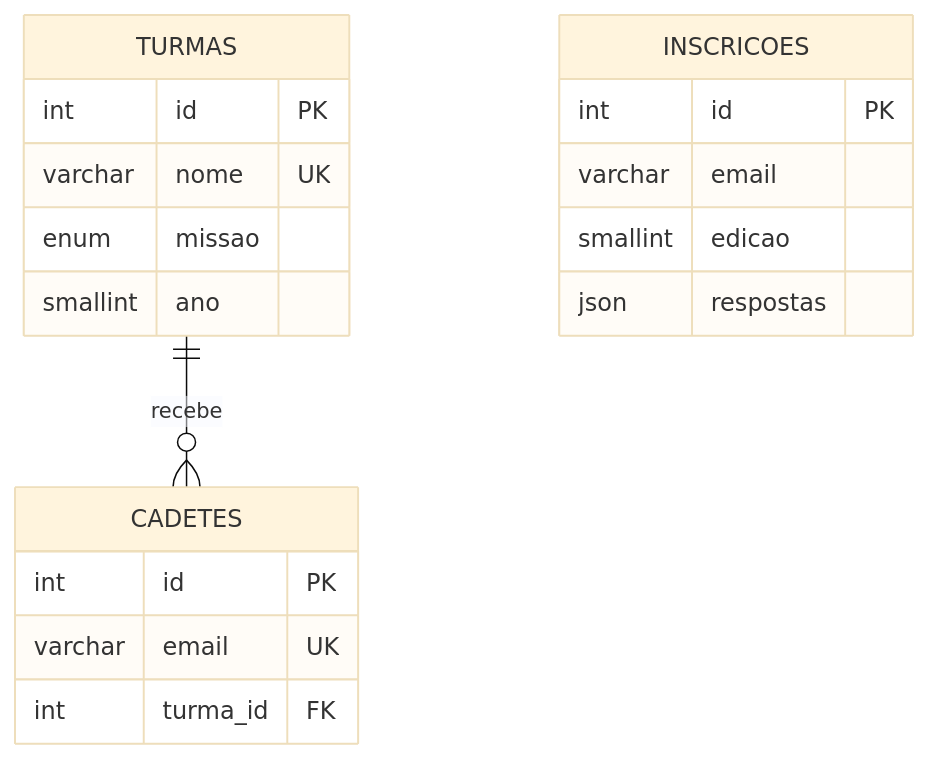
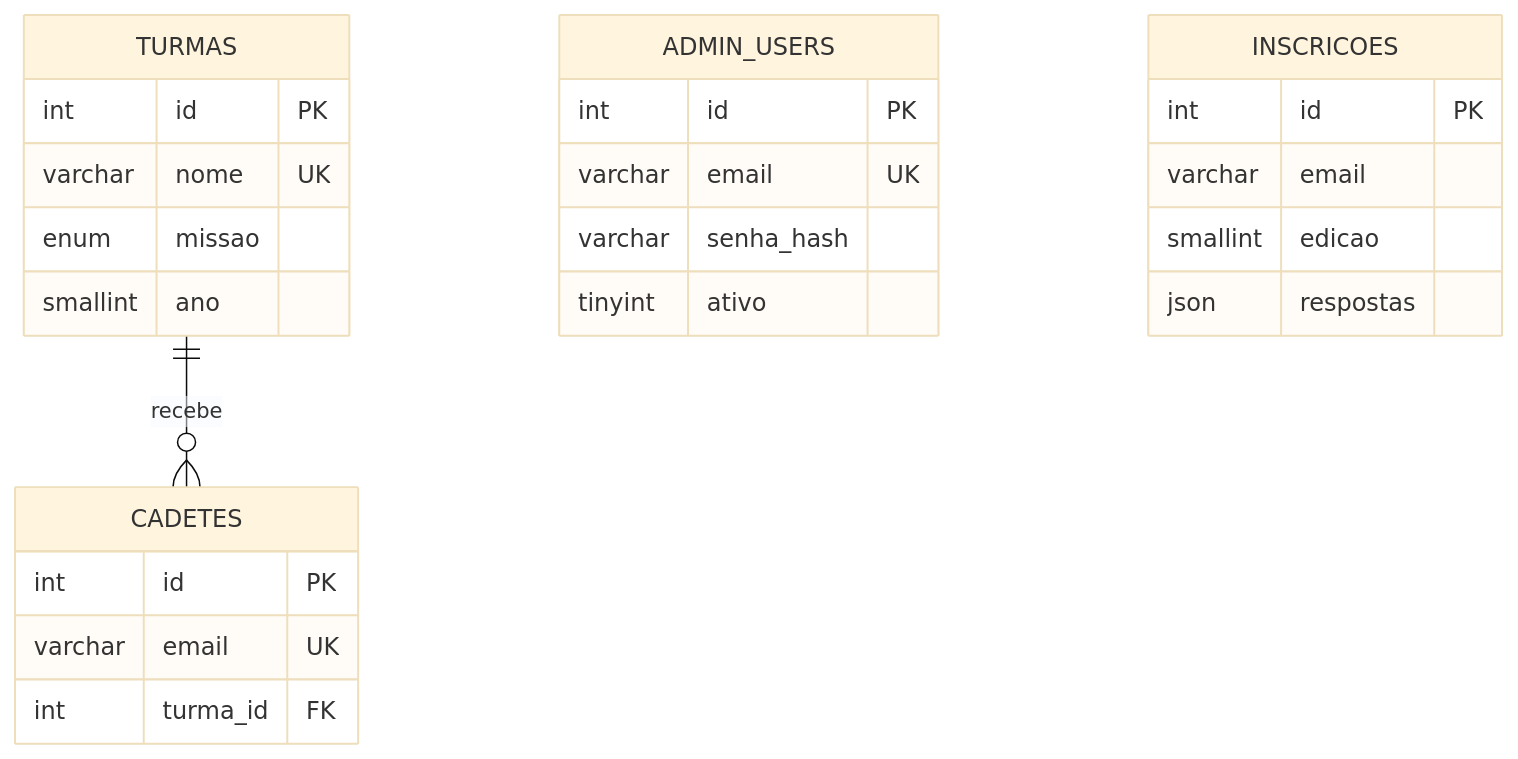
The second of 2 diagrams in docs/PARTE_2.md (falvss/academia-meridiano), drawn with Mermaid (base theme) before and after one commit. The commit also changed other lines of this file and 31 other files, not shown here.

````diff
--- a/docs/PARTE_2.md
+++ b/docs/PARTE_2.md
@@ -39,21 +39,27 @@
 ```mermaid
 erDiagram
     TURMAS ||--o{ CADETES : recebe
     TURMAS {
         int id PK
         varchar nome UK
         enum missao
         smallint ano
     }
     CADETES {
         int id PK
         varchar email UK
         int turma_id FK
     }
+    ADMIN_USERS {
+        int id PK
+        varchar email UK
+        varchar senha_hash
+        tinyint ativo
+    }
     INSCRICOES {
         int id PK
         varchar email
         smallint edicao
         json respostas
     }
 ```
````
